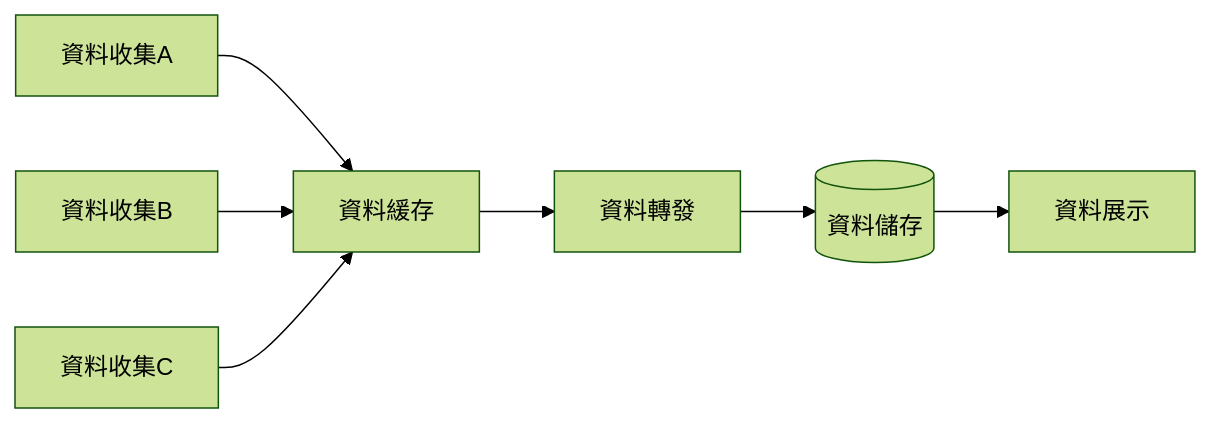
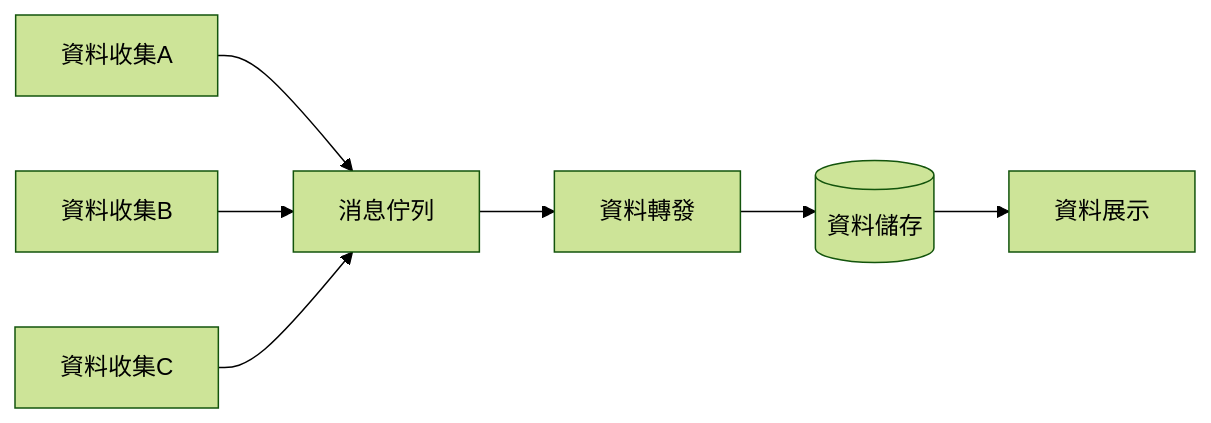
The second of 3 diagrams in design/scenario/microservice/Logging架構.md (CheHsuan/backend101), drawn with Mermaid (forest theme) before and after one commit. The commit also changed other lines of this file, not shown here.

````diff
--- a/design/scenario/microservice/Logging架構.md
+++ b/design/scenario/microservice/Logging架構.md
@@ -34,4 +34,4 @@
 ``` mermaid
 flowchart LR
-   資料收集A & 資料收集B & 資料收集C--> 資料緩存 --> 資料轉發 --> 資料儲存[(資料儲存)] --> 資料展示
+   資料收集A & 資料收集B & 資料收集C--> 消息佇列 --> 資料轉發 --> 資料儲存[(資料儲存)] --> 資料展示
 ```
````
